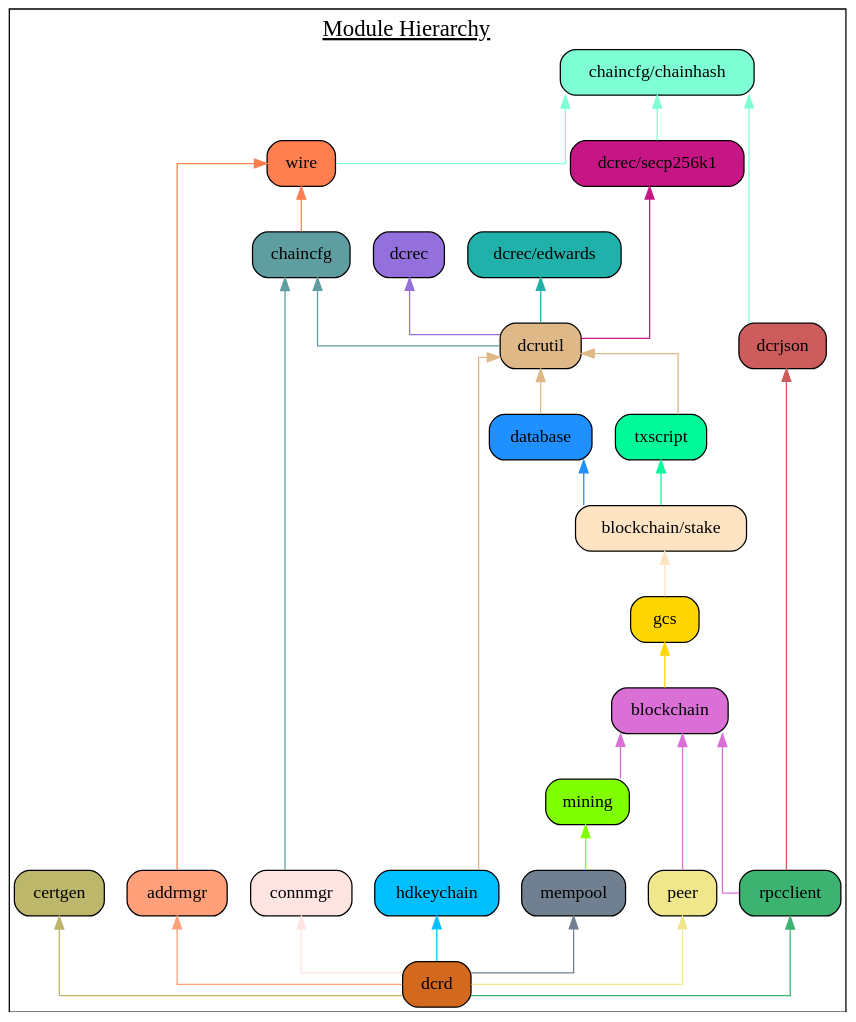
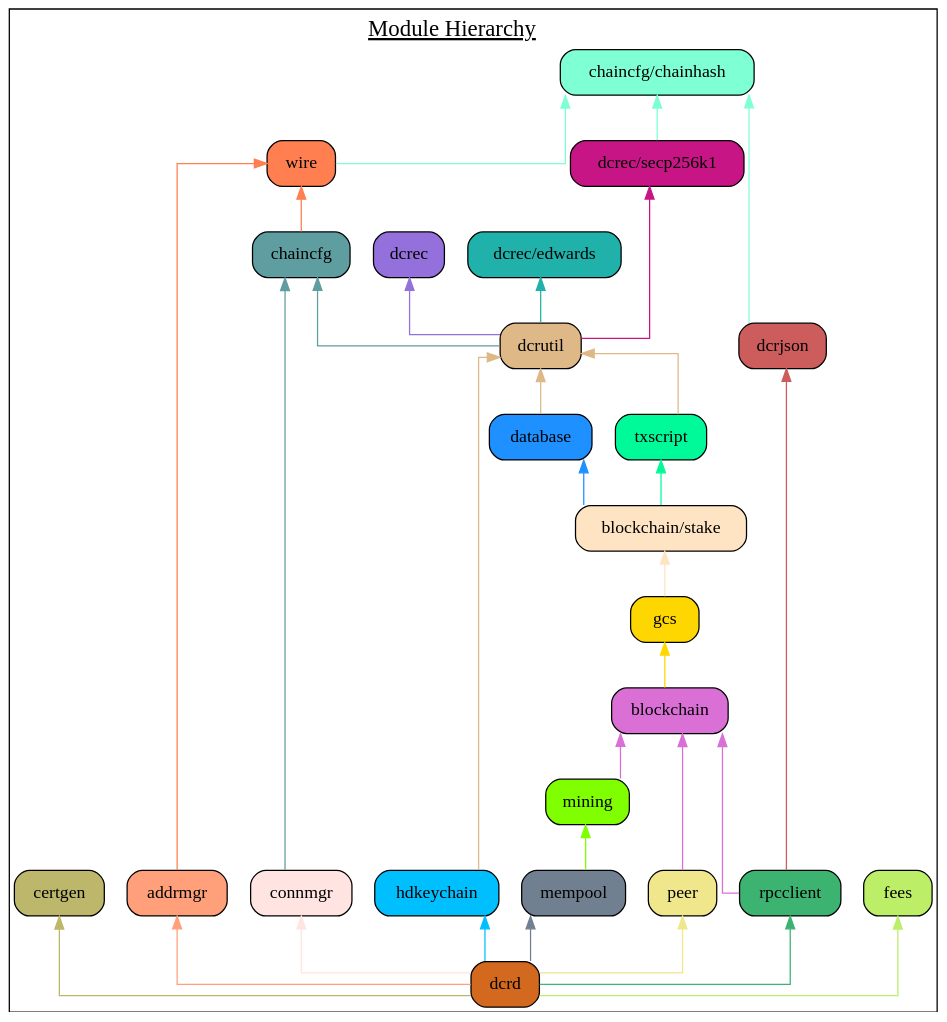
The diagram in docs/assets/module_hierarchy.gv (decred/dcrd), drawn with Graphviz before and after one commit. The commit also changed 2 other files, not shown here.

Commit message:
docs: Update for fees package.
This updates the docs/README.md file, module hierarchy graphviz, and
module hierarchy diagram to include the recently added fees package.

```diff
--- a/docs/assets/module_hierarchy.gv
+++ b/docs/assets/module_hierarchy.gv
@@ -1,61 +1,63 @@
 digraph {
 	graph [splines=ortho colorscheme=svg label=<<u>Module Hierarchy</u>> labelloc=t fontsize=18.0]
 	node [shape=box style="filled, rounded"]
 
 	certgen [label="certgen" fillcolor=darkkhaki]
 	chainhash [label="chaincfg/chainhash" fillcolor=aquamarine]
 	dcrjson [label="dcrjson" fillcolor=indianred]
 	wire [label="wire" fillcolor=coral]
 	addrmgr [label="addrmgr" fillcolor=lightsalmon]
 	chaincfg [label="chaincfg" fillcolor=cadetblue]
 	connmgr [label="connmgr" fillcolor=mistyrose]
 	dcrec [label="dcrec" fillcolor=mediumpurple]
 	edwards [label="dcrec/edwards" fillcolor=lightseagreen]
 	secp256k1 [label="dcrec/secp256k1" fillcolor=mediumvioletred]
 	dcrutil [label="dcrutil" fillcolor=burlywood]
 	database [label="database" fillcolor=dodgerblue]
 	hdkeychain [label="hdkeychain" fillcolor=deepskyblue]
 	txscript [label="txscript" fillcolor=mediumspringgreen]
 	stake [label="blockchain/stake" fillcolor=bisque]
 	gcs [label="gcs" fillcolor=gold]
 	blockchain [label="blockchain" fillcolor=orchid]
 	mempool [label="mempool" fillcolor=slategray]
 	mining [label="mining" fillcolor=chartreuse]
 	peer [label="peer" fillcolor=khaki]
 	rpcclient [label="rpcclient" fillcolor=mediumseagreen]
+	fees [label="fees" fillcolor=darkolivegreen2]
 	dcrd [label="dcrd" fillcolor=chocolate]
 
 	{rank=same connmgr addrmgr hdkeychain peer rpcclient mempool}
 
 	certgen
 	chainhash -> dcrjson [dir=back color=aquamarine]
 	chainhash -> wire [dir=back color=aquamarine]
 	wire -> addrmgr [dir=back color=coral]
 	wire -> chaincfg [dir=back color=coral]
 	chaincfg -> connmgr [dir=back color=cadetblue]
 	chainhash -> secp256k1 [dir=back color=aquamarine]
 	chaincfg -> dcrutil [dir=back color=cadetblue]
 	dcrec -> dcrutil [dir=back color=mediumpurple]
 	edwards ->  dcrutil [dir=back color=lightseagreen]
 	secp256k1 ->  dcrutil [dir=back color=mediumvioletred]
 	dcrutil -> database [dir=back color=burlywood]
 	dcrutil -> hdkeychain [dir=back color=burlywood]
 	dcrutil -> txscript [dir=back color=burlywood]
 	database ->  stake [dir=back color=dodgerblue]
 	txscript -> stake [dir=back color=mediumspringgreen]
 	stake -> gcs [dir=back color=bisque]
 	gcs -> blockchain [dir=back color=gold]
 	blockchain -> mining [dir=back color=orchid]
 	mining -> mempool [dir=back color=chartreuse]
 	blockchain -> peer [dir=back color=orchid]
 	blockchain -> rpcclient [dir=back color=orchid]
 	dcrjson -> rpcclient [dir=back color=indianred]
 
+	fees -> dcrd [dir=back color=darkolivegreen2]
 	mempool -> dcrd [dir=back color=slategray]
 	certgen -> dcrd [dir=back color=darkkhaki]
 	addrmgr -> dcrd [dir=back color=lightsalmon]
 	hdkeychain -> dcrd [dir=back color=deepskyblue]
 	connmgr -> dcrd [dir=back color=mistyrose]
 	rpcclient -> dcrd [dir=back color=mediumseagreen]
 	peer -> dcrd [dir=back color=khaki]
 }
```
